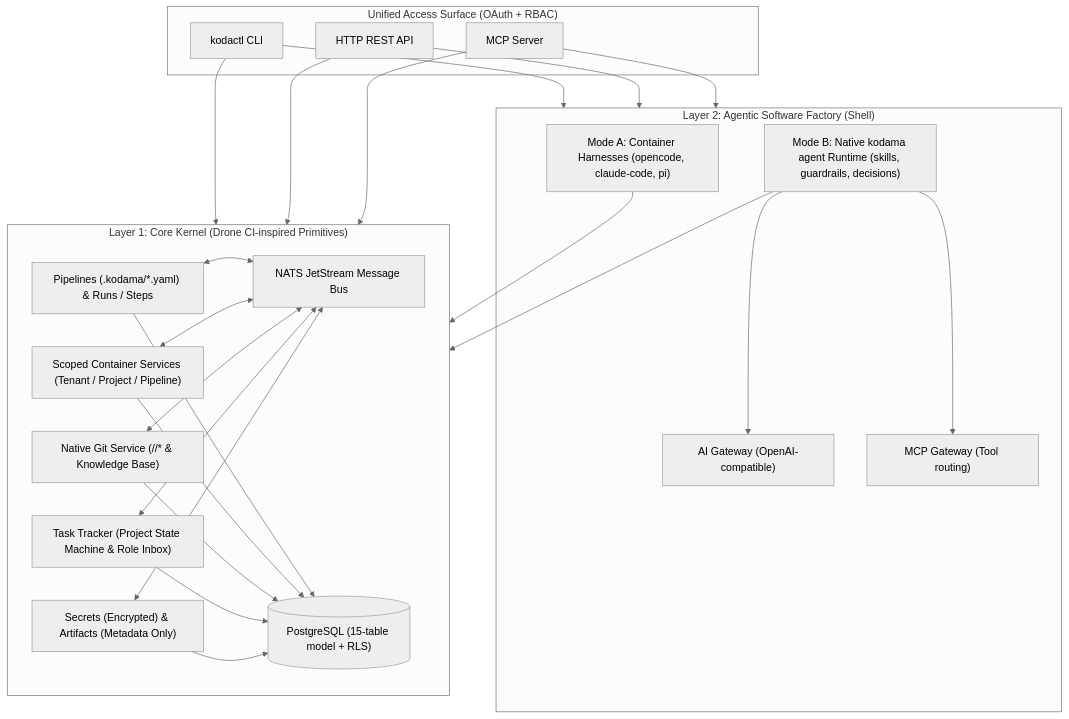
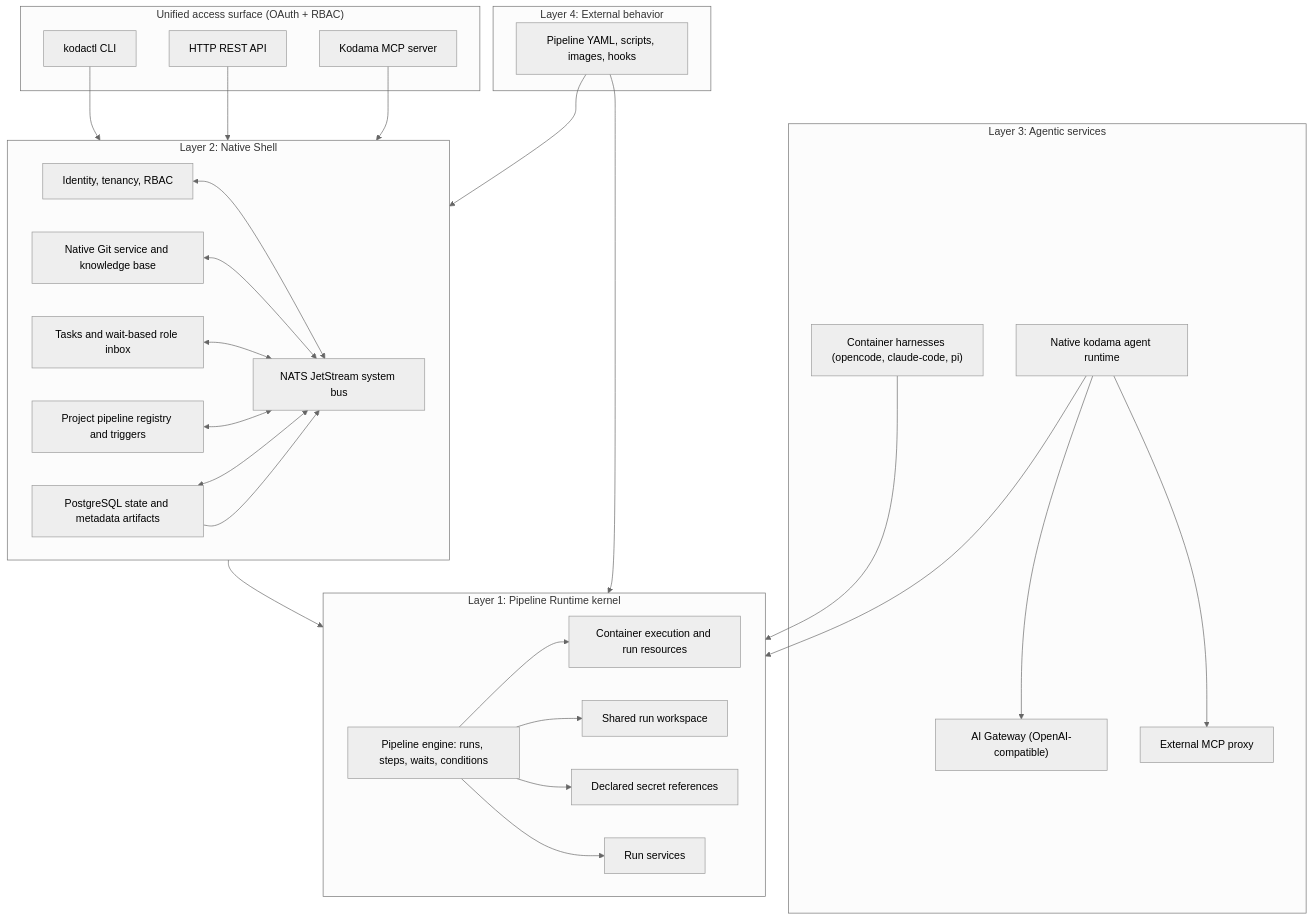
The diagram in docs/book/05-system-architecture.md (optimiware/kodama), drawn with Mermaid (neutral theme) before and after one commit. The commit also changed other lines of this file and 37 other files, not shown here.

First line of the commit message:
docs: amend ADR 0013 to the pipeline-runtime architecture

````diff
--- a/docs/book/05-system-architecture.md
+++ b/docs/book/05-system-architecture.md
@@ -7,32 +7,46 @@
 ```mermaid
 flowchart TB
-    subgraph Access["Unified Access Surface (OAuth + RBAC)"]
+    subgraph Access["Unified access surface (OAuth + RBAC)"]
         CLI["kodactl CLI"]
         API["HTTP REST API"]
-        MCP["MCP Server"]
+        MCP["Kodama MCP server"]
     end
 
-    subgraph Layer2["Layer 2: Agentic Software Factory (Shell)"]
-        ModeA["Mode A: Container Harnesses (opencode, claude-code, pi)"]
-        ModeB["Mode B: Native kodama agent Runtime (skills, guardrails, decisions)"]
+    subgraph Layer3["Layer 3: Agentic services"]
+        Harness["Container harnesses (opencode, claude-code, pi)"]
+        Agent["Native kodama agent runtime"]
         AIGW["AI Gateway (OpenAI-compatible)"]
-        MCPGW["MCP Gateway (Tool routing)"]
+        MCPGW["External MCP proxy"]
     end
 
-    subgraph Layer1["Layer 1: Core Kernel (Drone CI-inspired Primitives)"]
-        Pipes["Pipelines (.kodama/*.yaml) & Runs / Steps"]
-        Svcs["Scoped Container Services (Tenant / Project / Pipeline)"]
-        Git["Native Git Service (<tenant>/<project>/* & Knowledge Base)"]
-        Tasks["Task Tracker (Project State Machine & Role Inbox)"]
-        Meta["Secrets (Encrypted) & Artifacts (Metadata Only)"]
-        NATS["NATS JetStream Message Bus"]
-        PG[("PostgreSQL (15-table model + RLS)")]
+    subgraph Layer2["Layer 2: Native Shell"]
+        Identity["Identity, tenancy, RBAC"]
+        Git["Native Git service and knowledge base"]
+        Tasks["Tasks and wait-based role inbox"]
+        Registry["Project pipeline registry and triggers"]
+        State["PostgreSQL state and metadata artifacts"]
+        NATS["NATS JetStream system bus"]
     end
 
-    CLI & API & MCP --> Layer1
+    subgraph Layer1["Layer 1: Pipeline Runtime kernel"]
+        Engine["Pipeline engine: runs, steps, waits, conditions"]
+        Work["Container execution and run resources"]
+        WS["Shared run workspace"]
+        Secrets["Declared secret references"]
+        Services["Run services"]
+    end
+
+    subgraph Layer4["Layer 4: External behavior"]
+        Recipes["Pipeline YAML, scripts, images, hooks"]
+    end
+
     CLI & API & MCP --> Layer2
-    ModeA & ModeB --> Layer1
-    ModeB --> AIGW & MCPGW
-    Pipes & Svcs & Git & Tasks & Meta <--> NATS
-    Pipes & Svcs & Git & Tasks & Meta --> PG
+    Harness & Agent --> Layer1
+    Agent --> AIGW & MCPGW
+    Layer2 --> Layer1
+    Recipes --> Layer2
+    Recipes --> Layer1
+    Identity & Git & Tasks & Registry & State <--> NATS
+    Engine --> Work & WS & Secrets & Services
+    State --> NATS
 ```
````
